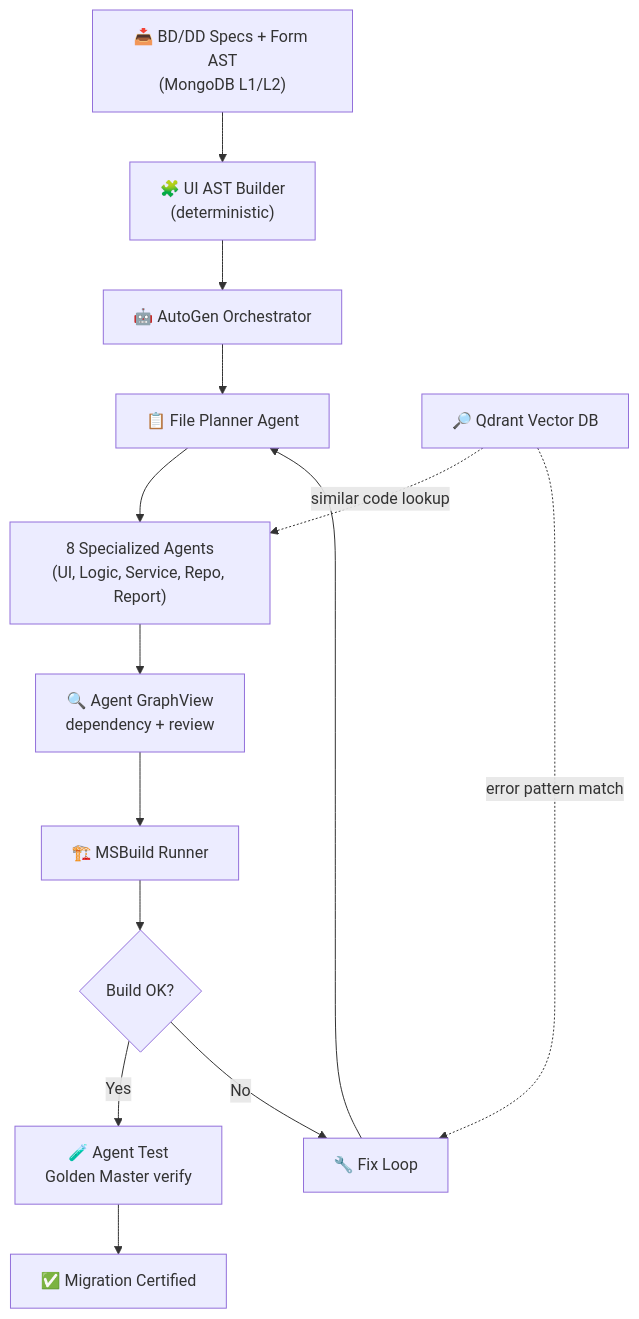
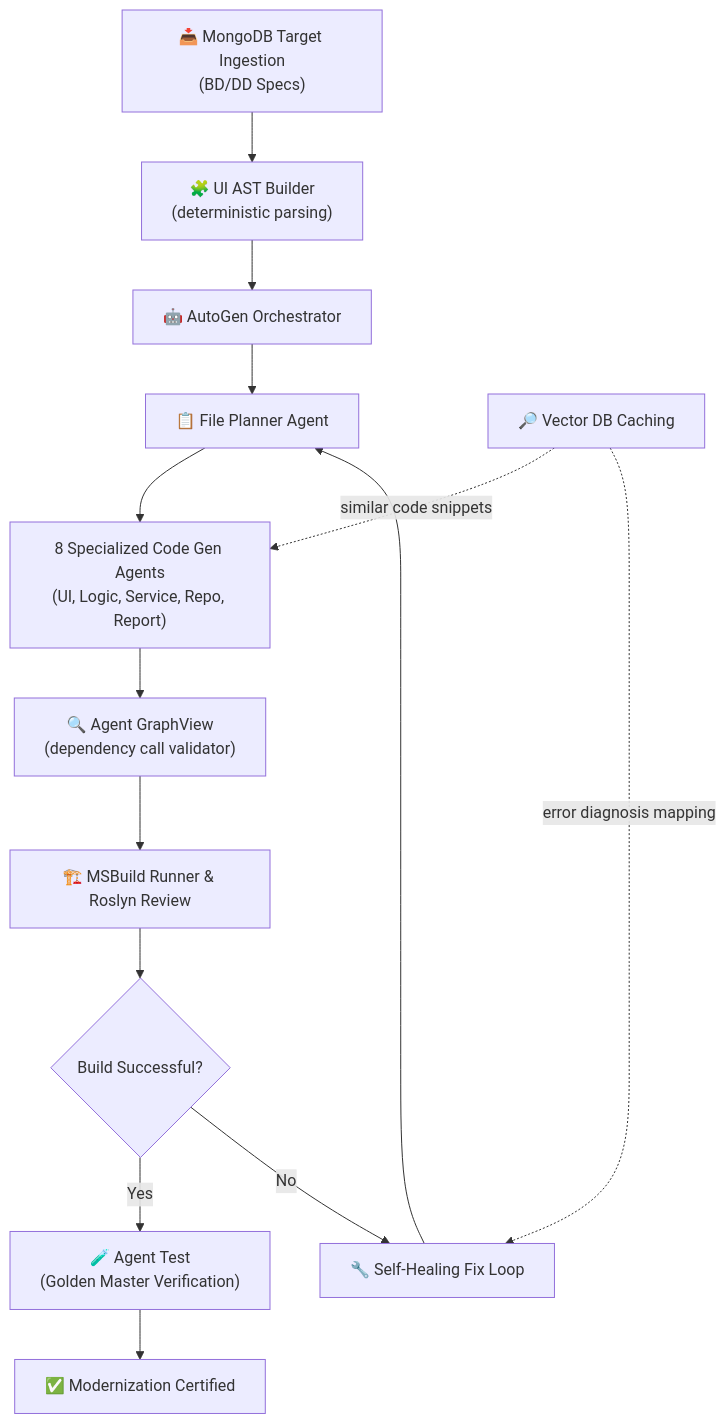
The first of 2 diagrams in docs/AI_KNOWLEDGE_BASE.md (baoluong2900/vba-to-wpf-migration), drawn with Mermaid before and after one commit. The commit also changed other lines of this file and 40 other files, not shown here.

````diff
--- a/docs/AI_KNOWLEDGE_BASE.md
+++ b/docs/AI_KNOWLEDGE_BASE.md
@@ -2379,17 +1116,17 @@
 ```mermaid
 graph TD
-    A["📥 BD/DD Specs + Form AST<br/>(MongoDB L1/L2)"] --> B["🧩 UI AST Builder<br/>(deterministic)"]
+    A["📥 MongoDB Target Ingestion<br/>(BD/DD Specs)"] --> B["🧩 UI AST Builder<br/>(deterministic parsing)"]
     B --> C["🤖 AutoGen Orchestrator"]
     C --> D["📋 File Planner Agent"]
-    D --> E["8 Specialized Agents<br/>(UI, Logic, Service, Repo, Report)"]
-    E --> F["🔍 Agent GraphView<br/>dependency + review"]
-    F --> G["🏗️ MSBuild Runner"]
-    G --> H{Build OK?}
-    H -->|Yes| T["🧪 Agent Test<br/>Golden Master verify"]
-    T --> I["✅ Migration Certified"]
-    H -->|No| J["🔧 Fix Loop"]
+    D --> E["8 Specialized Code Gen Agents<br/>(UI, Logic, Service, Repo, Report)"]
+    E --> F["🔍 Agent GraphView<br/>(dependency call validator)"]
+    F --> G["🏗️ MSBuild Runner & Roslyn Review"]
+    G --> H{Build Successful?}
+    H -->|Yes| T["🧪 Agent Test<br/>(Golden Master Verification)"]
+    T --> I["✅ Modernization Certified"]
+    H -->|No| J["🔧 Self-Healing Fix Loop"]
     J --> D
 
-    Q["🔎 Qdrant Vector DB"] -.->|similar code lookup| E
-    Q -.->|error pattern match| J
+    Q["🔎 Vector DB Caching"] -.->|similar code snippets| E
+    Q -.->|error diagnosis mapping| J
 ```
````
